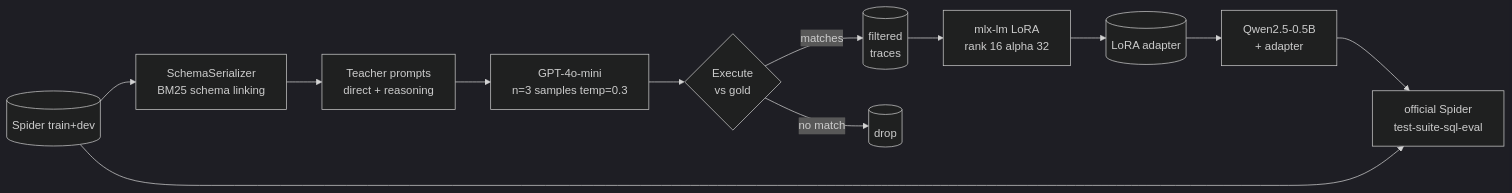
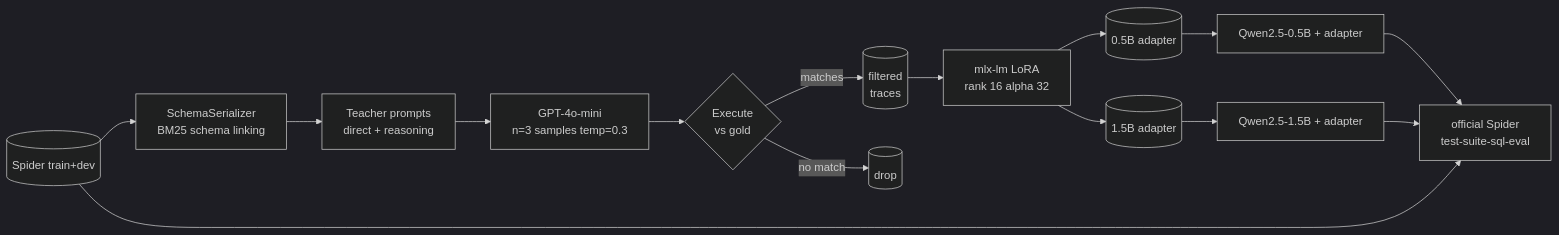
One commit to zxuhan/distill-sql changed the diagram in README.md. Above: the diagram before and after it, drawn with Mermaid (dark theme). The commit also changed other lines of this file and 1 other file, not shown here.

First line of the commit message:
feat: 1.5B scaling-axis run hits 69.2% on Spider dev

````diff
--- a/README.md
+++ b/README.md
@@ -83,14 +107,17 @@
 ```mermaid
 flowchart LR
   spider[(Spider train+dev)] --> serializer[SchemaSerializer<br/>BM25 schema linking]
   serializer --> teacher[Teacher prompts<br/>direct + reasoning]
   teacher --> openai[GPT-4o-mini<br/>n=3 samples temp=0.3]
   openai --> validate{Execute<br/>vs gold}
   validate -->|matches| traces[(filtered<br/>traces)]
   validate -->|no match| drop[(drop)]
   traces --> trainer[mlx-lm LoRA<br/>rank 16 alpha 32]
-  trainer --> adapter[(LoRA adapter)]
-  adapter --> student[Qwen2.5-0.5B<br/>+ adapter]
-  student --> eval[official Spider<br/>test-suite-sql-eval]
+  trainer --> adapter05[(0.5B adapter)]
+  trainer --> adapter15[(1.5B adapter)]
+  adapter05 --> student05[Qwen2.5-0.5B + adapter]
+  adapter15 --> student15[Qwen2.5-1.5B + adapter]
+  student05 --> eval[official Spider<br/>test-suite-sql-eval]
+  student15 --> eval
   spider --> eval
 ```
````
